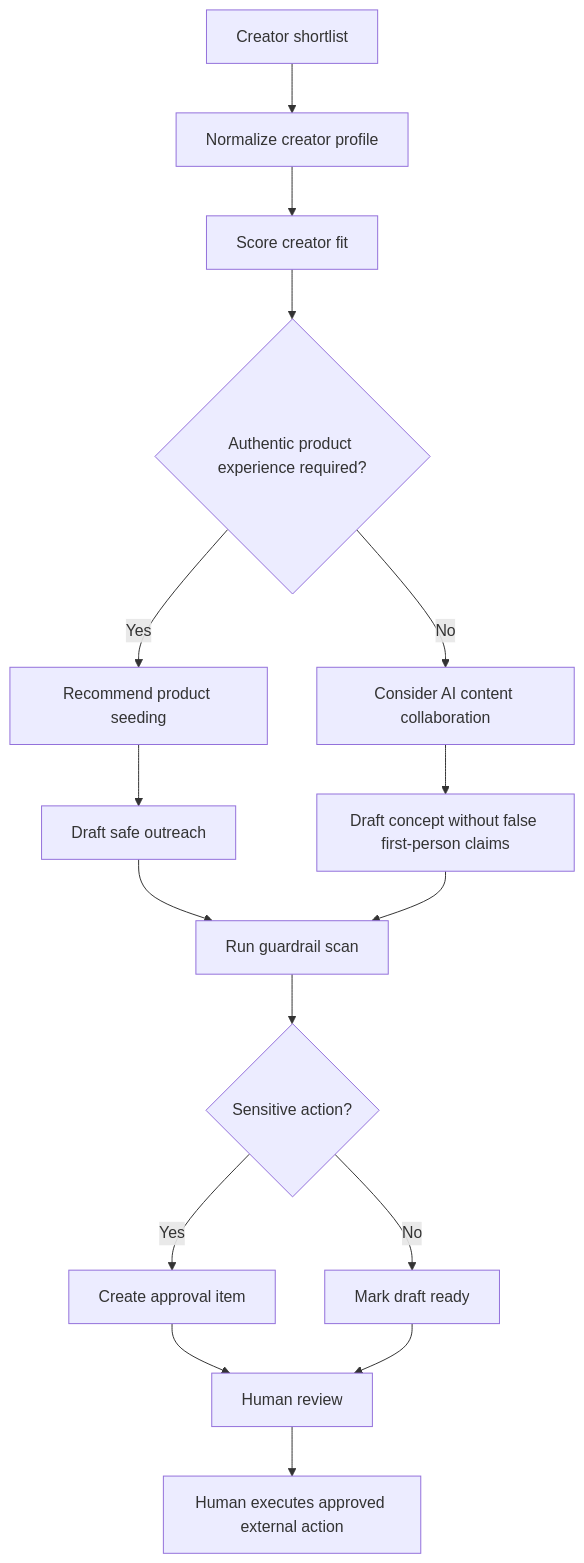
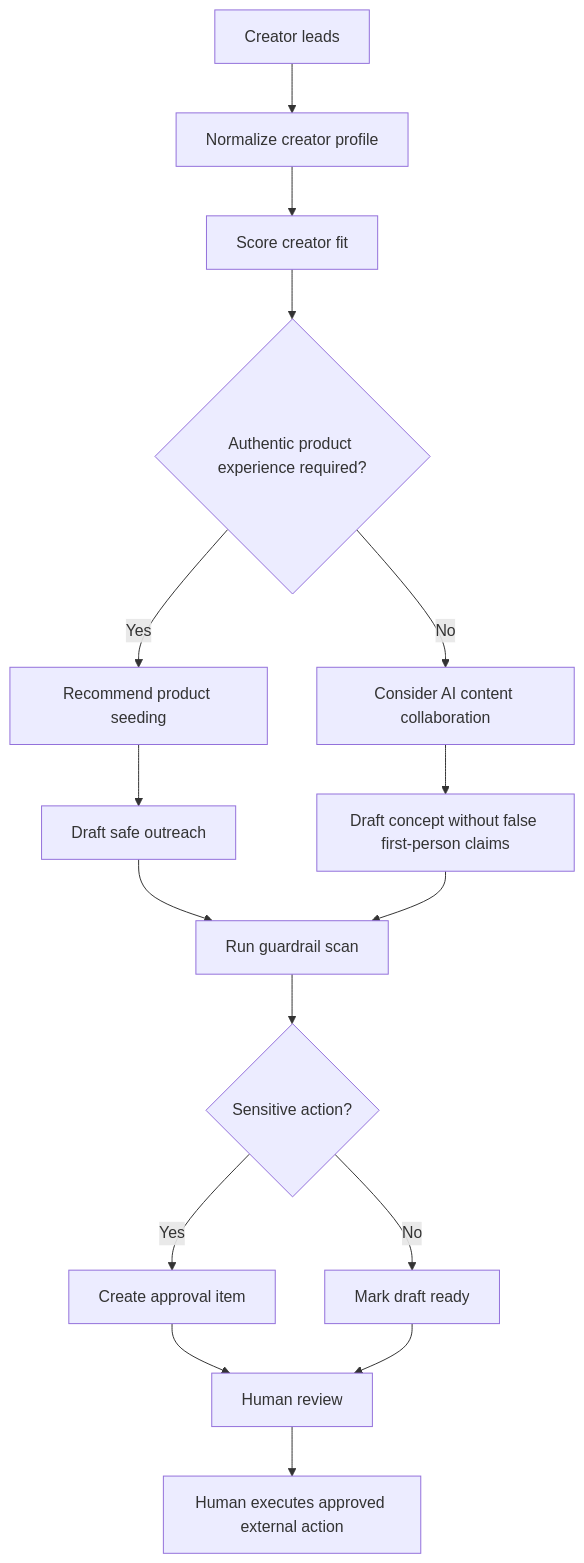
The diagram in docs/mako-creators-agent-workflow.md (9mcb6zgj7b-creator/makocreators.com), drawn with Mermaid before and after one commit. The commit also changed other lines of this file and 28 other files, not shown here.

````diff
--- a/docs/mako-creators-agent-workflow.md
+++ b/docs/mako-creators-agent-workflow.md
@@ -9,18 +17,18 @@
 ```mermaid
 flowchart TD
-  A["Creator shortlist"] --> B["Normalize creator profile"]
+  A["Creator leads"] --> B["Normalize creator profile"]
   B --> C["Score creator fit"]
   C --> D{"Authentic product experience required?"}
   D -- "Yes" --> E["Recommend product seeding"]
   D -- "No" --> F["Consider AI content collaboration"]
   E --> G["Draft safe outreach"]
   F --> H["Draft concept without false first-person claims"]
   G --> I["Run guardrail scan"]
   H --> I
   I --> J{"Sensitive action?"}
   J -- "Yes" --> K["Create approval item"]
   J -- "No" --> L["Mark draft ready"]
   K --> M["Human review"]
   L --> M
   M --> N["Human executes approved external action"]
 ```
````
